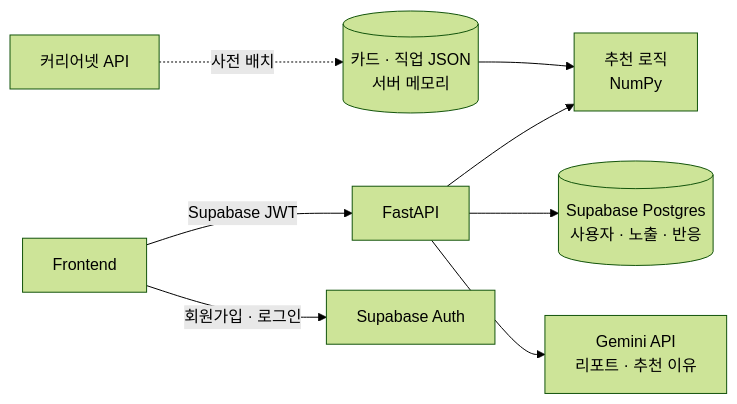
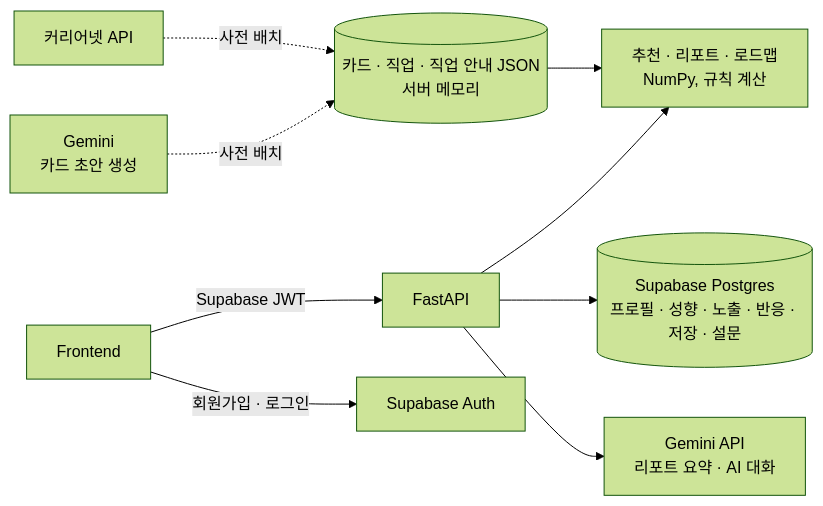
The diagram in README.md (woowangthon/WOOWANGTHON_TEAM_50_BE), drawn with Mermaid (forest theme) before and after one commit. The commit also changed other lines of this file and 2 other files, not shown here.

````diff
--- a/README.md
+++ b/README.md
@@ -35,10 +39,11 @@
 ```mermaid
 flowchart LR
   FE[Frontend] -- Supabase JWT --> API[FastAPI]
   FE -- 회원가입 · 로그인 --> AUTH[Supabase Auth]
-  API --> REC[추천 로직<br/>NumPy]
-  API --> DB[(Supabase Postgres<br/>사용자 · 노출 · 반응)]
-  API --> LLM[Gemini API<br/>리포트 · 추천 이유]
-  CARDS[(카드 · 직업 JSON<br/>서버 메모리)] --> REC
+  API --> REC[추천 · 리포트 · 로드맵<br/>NumPy, 규칙 계산]
+  API --> DB[(Supabase Postgres<br/>프로필 · 성향 · 노출 · 반응 · 저장 · 설문)]
+  API --> LLM[Gemini API<br/>리포트 요약 · AI 대화]
+  CARDS[(카드 · 직업 · 직업 안내 JSON<br/>서버 메모리)] --> REC
   CN[커리어넷 API] -. 사전 배치 .-> CARDS
+  GEN[Gemini<br/>카드 초안 생성] -. 사전 배치 .-> CARDS
 ```
````
